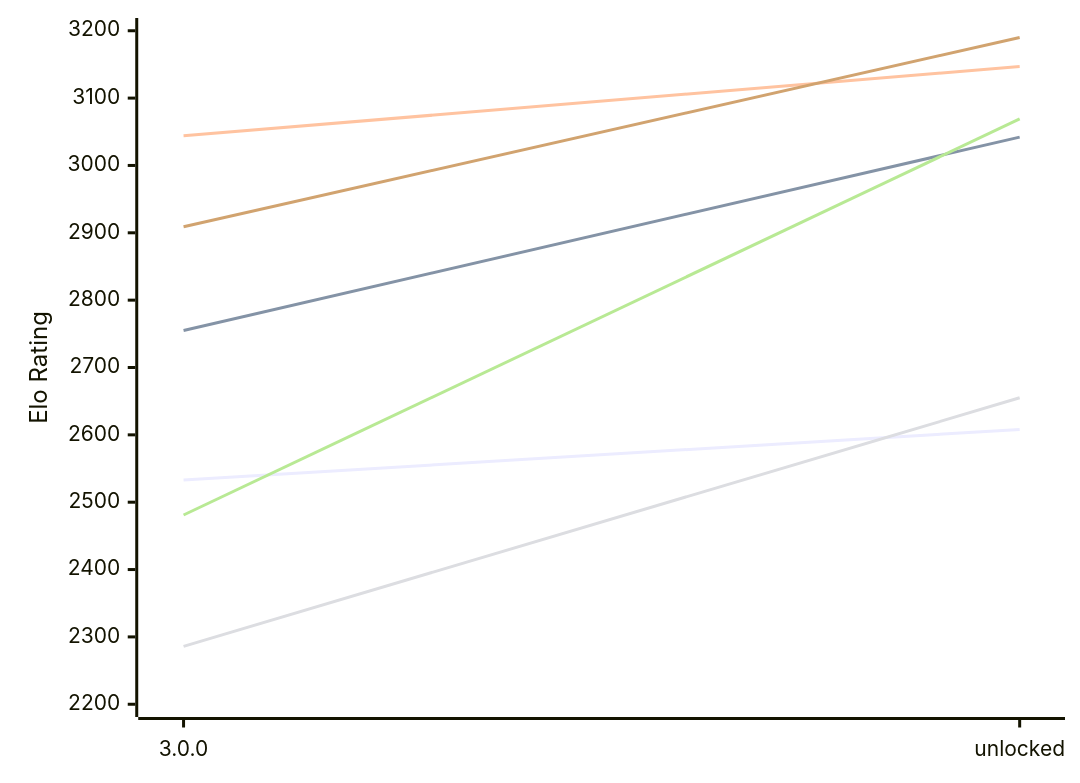
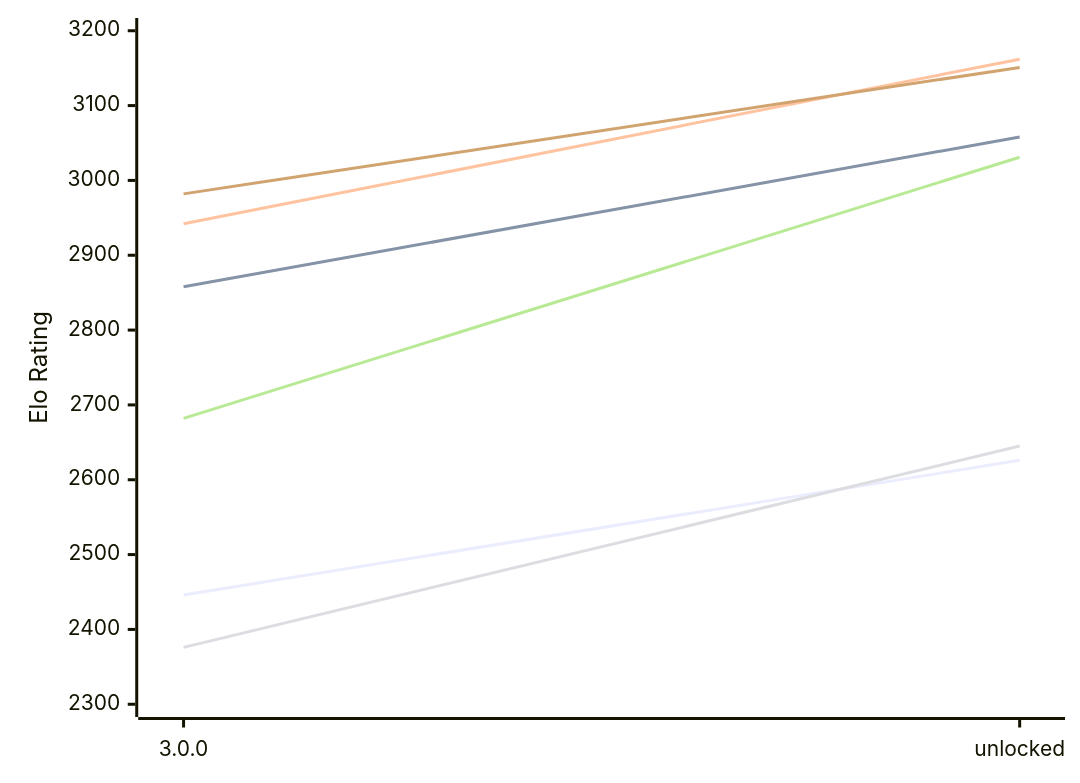
Before and after one commit to computer-chess-index/cci: the first of 2 diagrams in engines/Potential.md, drawn with Mermaid. The commit also changed other lines of this file, not shown here.

Commit message:
Update CCI Ratings (ELO VLTC) - 2026-11-14

````diff
--- a/engines/Potential.md
+++ b/engines/Potential.md
@@ -51,12 +51,12 @@
 ```mermaid
 %%{init: {"theme":"base","themeVariables":{"seriesColors:['#a3a3a3','#222221','#faa371']}}}%%
 xychart-beta
   x-axis ["3.0.0", "unlocked"]
-  y-axis "Elo Rating" 2200 --> 3200
-  line "E1: STC (8.0+0.08s)" [2533, 2608]
-  line "E1: LTC (60.0+0.60s)" [2755, 3042]
-  line "E1: VLTC (2m24s+1.12s)" [3044, 3147]
-  line "P1: STC (8.0+0.08s)" [2286, 2655]
-  line "P1: LTC (60.0+0.60s)" [2481, 3069]
-  line "P1: VLTC (2m24s+1.12s)" [2909, 3190]
+  y-axis "Elo Rating" 2300 --> 3200
+  line "E1: STC (8.0+0.08s)" [2446, 2626]
+  line "E1: LTC (60.0+0.60s)" [2858, 3058]
+  line "E1: VLTC (2m24s+1.12s)" [2942, 3162]
+  line "P1: STC (8.0+0.08s)" [2376, 2645]
+  line "P1: LTC (60.0+0.60s)" [2682, 3031]
+  line "P1: VLTC (2m24s+1.12s)" [2982, 3151]
 ```
````
